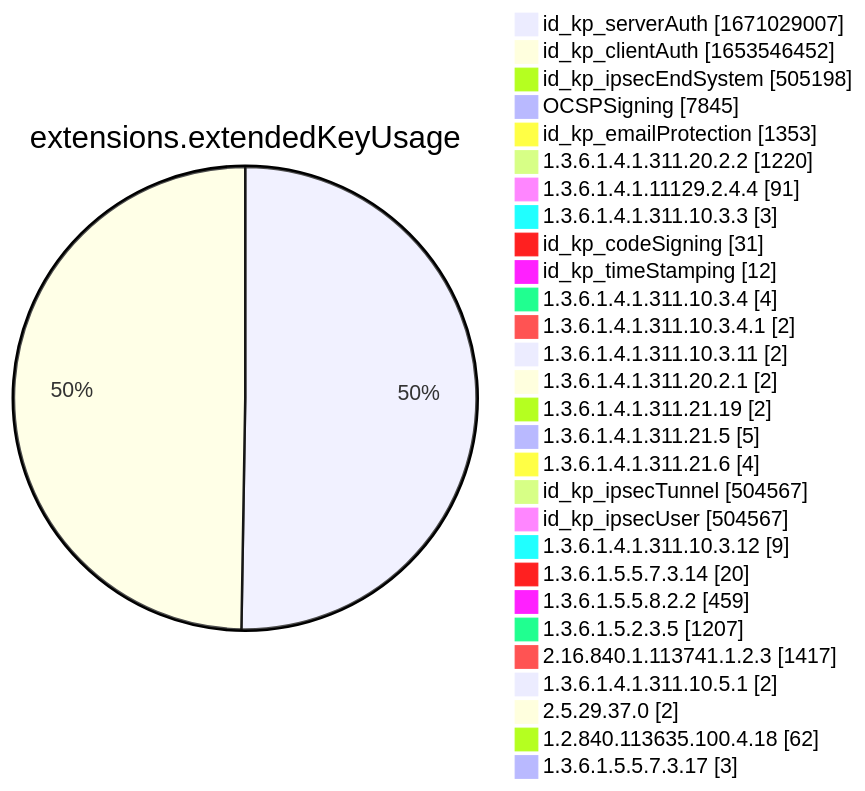
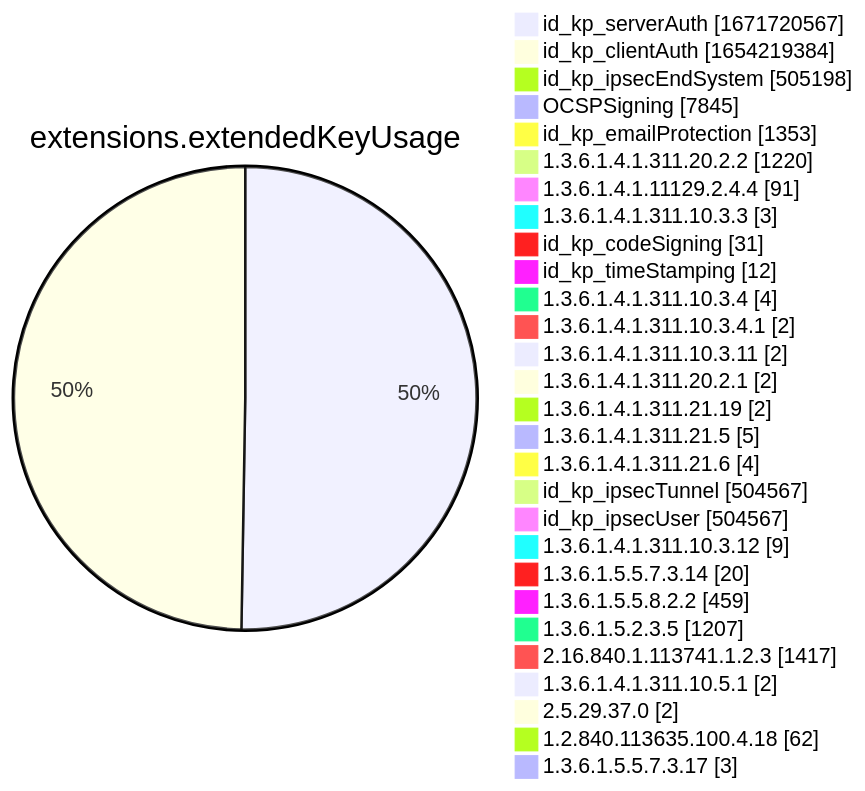
One commit to christiankrug/ctmonitor_visualization changed diagram 12 of 15 in xenon2022/README.md. Above: the diagram before and after it, drawn with Mermaid. The commit also changed other lines of this file, not shown here.

````diff
--- a/xenon2022/README.md
+++ b/xenon2022/README.md
@@ -3888,32 +3888,32 @@
 ```mermaid
 pie showData
 title extensions.extendedKeyUsage
-"id_kp_serverAuth" :1671029007
-"id_kp_clientAuth" :1653546452
+"id_kp_serverAuth" :1671720567
+"id_kp_clientAuth" :1654219384
 "id_kp_ipsecEndSystem" :505198
 "OCSPSigning" :7845
 "id_kp_emailProtection" :1353
 "1.3.6.1.4.1.311.20.2.2" :1220
 "1.3.6.1.4.1.11129.2.4.4" :91
 "1.3.6.1.4.1.311.10.3.3" :3
 "id_kp_codeSigning" :31
 "id_kp_timeStamping" :12
 "1.3.6.1.4.1.311.10.3.4" :4
 "1.3.6.1.4.1.311.10.3.4.1" :2
 "1.3.6.1.4.1.311.10.3.11" :2
 "1.3.6.1.4.1.311.20.2.1" :2
 "1.3.6.1.4.1.311.21.19" :2
 "1.3.6.1.4.1.311.21.5" :5
 "1.3.6.1.4.1.311.21.6" :4
 "id_kp_ipsecTunnel" :504567
 "id_kp_ipsecUser" :504567
 "1.3.6.1.4.1.311.10.3.12" :9
 "1.3.6.1.5.5.7.3.14" :20
 "1.3.6.1.5.5.8.2.2" :459
 "1.3.6.1.5.2.3.5" :1207
 "2.16.840.1.113741.1.2.3" :1417
 "1.3.6.1.4.1.311.10.5.1" :2
 "2.5.29.37.0" :2
 "1.2.840.113635.100.4.18" :62
 "1.3.6.1.5.5.7.3.17" :3
 ```
````
